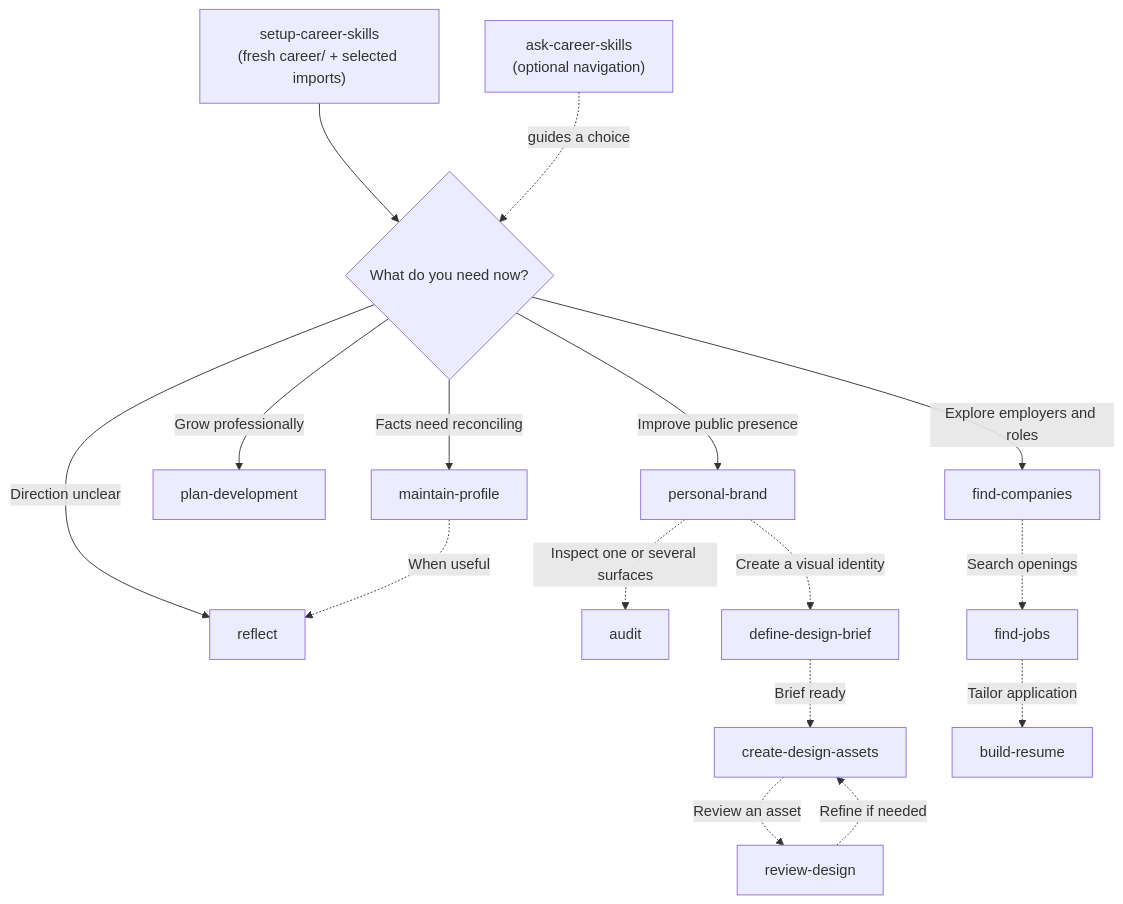
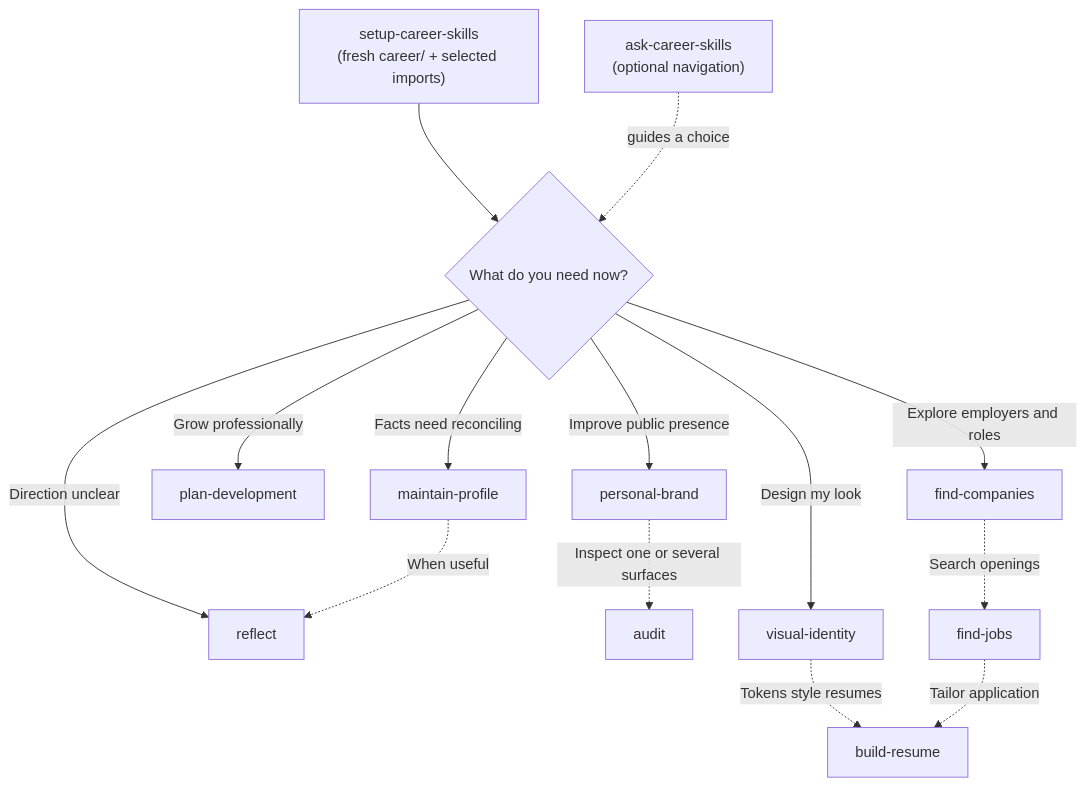
One commit to lfarci/career-skills changed the first of 2 diagrams in docs/USER-JOURNEY.md. Above: the diagram before and after it, drawn with Mermaid. The commit also changed other lines of this file and 51 other files, not shown here.

First line of the commit message:
Brand area: personal-brand = public content + surfaces; one visual-identity skill (#99) (#100)

````diff
--- a/docs/USER-JOURNEY.md
+++ b/docs/USER-JOURNEY.md
@@ -7,18 +7,16 @@
 ```mermaid
 flowchart TD
     S["setup-career-skills<br/>(fresh career/ + selected imports)"] --> Q{"What do you need now?"}
     W["ask-career-skills<br/>(optional navigation)"] -. "guides a choice" .-> Q
     Q -->|"Facts need reconciling"| P["maintain-profile"]
     Q -->|"Direction unclear"| R["reflect"]
     P -. "When useful" .-> R
     Q -->|"Grow professionally"| D["plan-development"]
     Q -->|"Improve public presence"| B["personal-brand"]
     B -. "Inspect one or several surfaces" .-> A["audit"]
-    B -. "Create a visual identity" .-> DB["define-design-brief"]
-    DB -. "Brief ready" .-> DA["create-design-assets"]
-    DA -. "Review an asset" .-> DV["review-design"]
-    DV -. "Refine if needed" .-> DA
+    Q -->|"Design my look"| VI["visual-identity"]
+    VI -. "Tokens style resumes" .-> CV
     Q -->|"Explore employers and roles"| C["find-companies"]
     C -. "Search openings" .-> J["find-jobs"]
     J -. "Tailor application" .-> CV["build-resume"]
 ```
````
